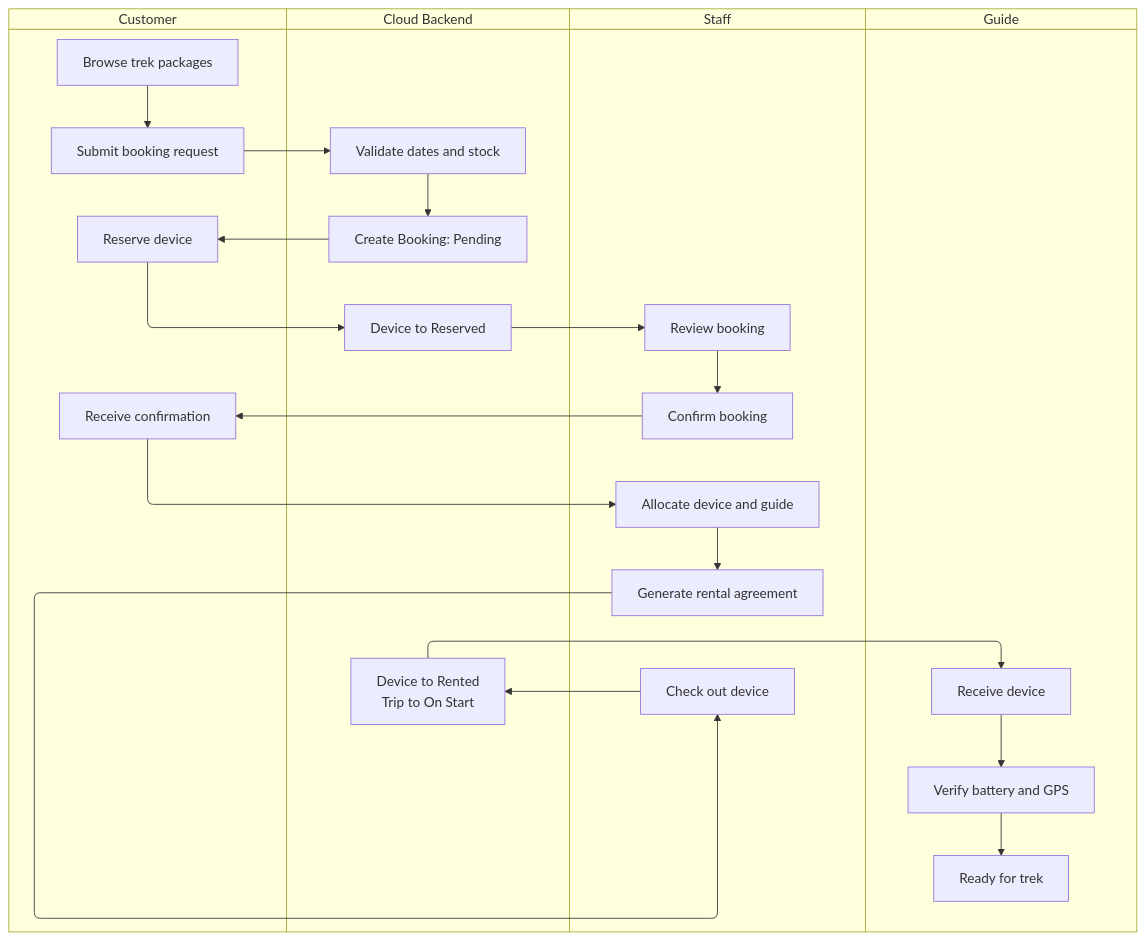
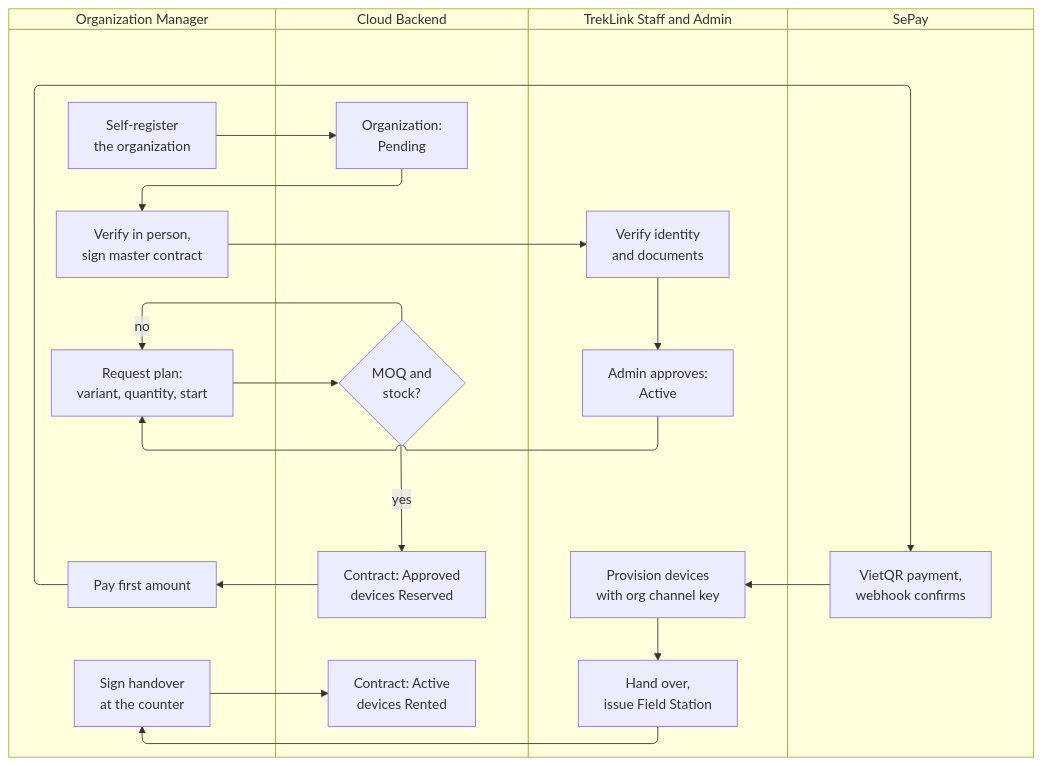
The first of 5 diagrams in _docs/00-project-context/05-main-flows.md (TrekLink-Team/treklink-docs), drawn with Mermaid before and after one commit. The commit also changed other lines of this file and 8 other files, not shown here.

First line of the commit message:
docs: rescope to an enterprise device-rental platform (D-033 to D-035)

````diff
--- a/_docs/00-project-context/05-main-flows.md
+++ b/_docs/00-project-context/05-main-flows.md
@@ -47,29 +50,28 @@
 ```mermaid
 swimlane-beta TB
-    subgraph customer["Customer"]
-        c1[Browse trek packages]
-        c2[Submit booking request]
-        c3[Reserve device]
-        c4[Receive confirmation]
+    subgraph manager["Organization Manager"]
+        m1[Self-register<br/>the organization]
+        m2[Verify in person,<br/>sign master contract]
+        m3[Request plan:<br/>variant, quantity, start]
+        m4[Pay first amount]
+        m5[Sign handover<br/>at the counter]
     end
     subgraph backend["Cloud Backend"]
-        s1[Validate dates and stock]
-        s2[Create Booking: Pending]
-        s3[Device to Reserved]
-        s4[Device to Rented<br/>Trip to On Start]
+        s1[Organization:<br/>Pending]
+        s2{MOQ and<br/>stock?}
+        s3[Contract: Approved<br/>devices Reserved]
+        s4[Contract: Active<br/>devices Rented]
     end
-    subgraph staff["Staff"]
-        t1[Review booking]
-        t2[Confirm booking]
-        t3[Allocate device and guide]
-        t4[Generate rental agreement]
-        t5[Check out device]
+    subgraph staff["TrekLink Staff and Admin"]
+        t1[Verify identity<br/>and documents]
+        t2[Admin approves:<br/>Active]
+        t3[Provision devices<br/>with org channel key]
+        t4[Hand over,<br/>issue Field Station]
     end
-    subgraph guide["Guide"]
-        g1[Receive device]
-        g2[Verify battery and GPS]
-        g3[Ready for trek]
+    subgraph pay["SePay"]
+        p1[VietQR payment,<br/>webhook confirms]
     end
-    c1 --> c2 --> s1 --> s2 --> c3 --> s3 --> t1 --> t2
-    t2 --> c4 --> t3 --> t4 --> t5 --> s4 --> g1 --> g2 --> g3
+    m1 --> s1 --> m2 --> t1 --> t2 --> m3 --> s2
+    s2 -->|yes| s3 --> m4 --> p1 --> t3 --> t4 --> m5 --> s4
+    s2 -->|no| m3
 ```
````
